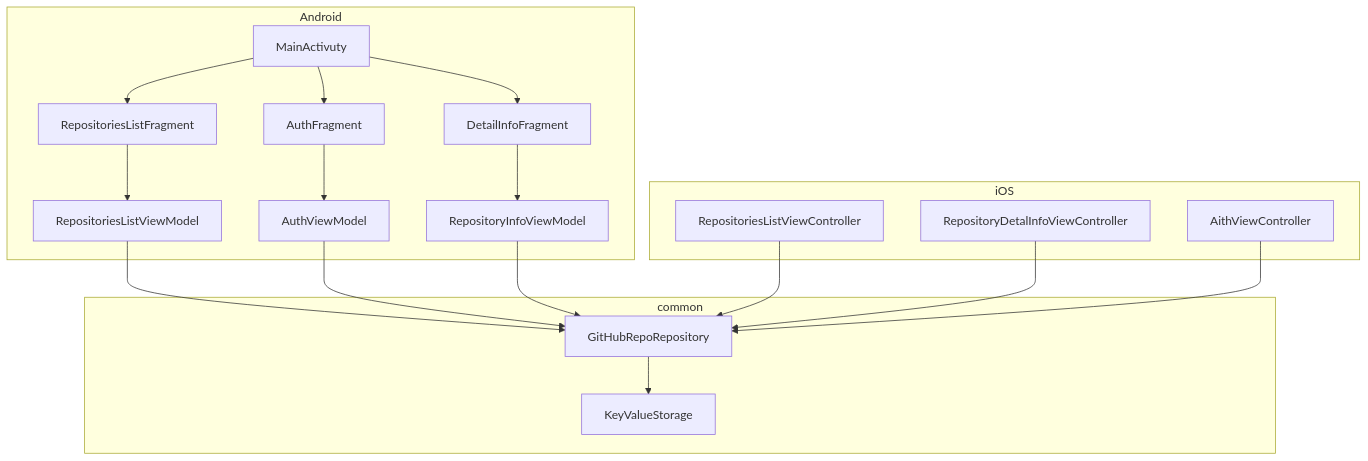
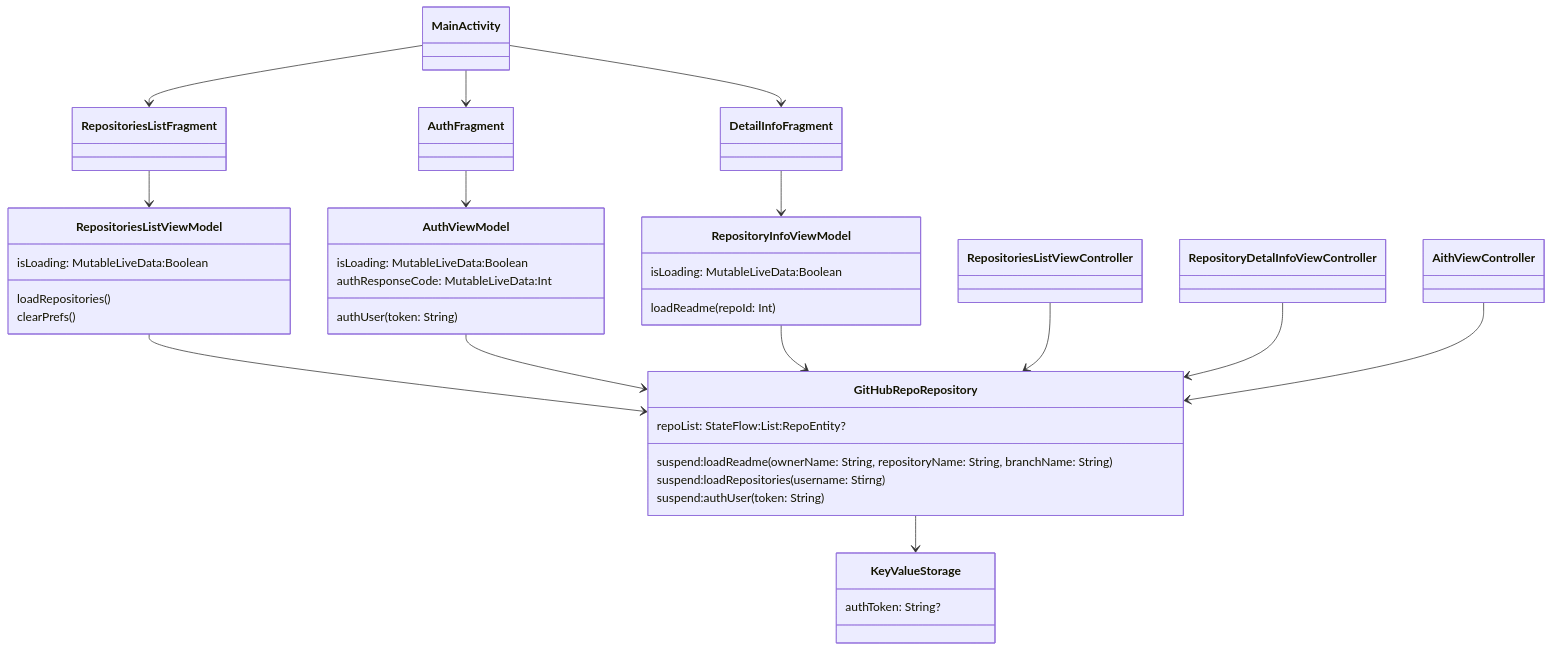
Before and after one commit to icerockdev/kmm.icerock.dev: the diagram in university/3-kotlin-multiplatform-mobile/practice.md, drawn with Mermaid. The commit also changed other lines of this file and 3 other files, not shown here.

Commit message:
new graphs with colors difference and public API

````diff
--- a/university/3-kotlin-multiplatform-mobile/practice.md
+++ b/university/3-kotlin-multiplatform-mobile/practice.md
@@ -28,45 +28,82 @@
 ```mermaid
-graph TD
+classDiagram
+
+class AuthViewModel:::android{
+  isLoading: MutableLiveData:Boolean
+  authResponseCode: MutableLiveData:Int
+  authUser(token: String)
+}
+   
+class RepositoryInfoViewModel:::android{
+  loadReadme(repoId: Int)
+  isLoading: MutableLiveData:Boolean
+}
+   
+class RepositoriesListViewModel:::android {
+  isLoading: MutableLiveData:Boolean
+  loadRepositories()
+  clearPrefs()
+}
+   
+class GitHubRepoRepository:::common{
+  repoList: StateFlow:List:RepoEntity?
+  suspend:loadReadme(ownerName: String, repositoryName: String, branchName: String)
+  suspend:loadRepositories(username: Stirng)
+  suspend:authUser(token: String)
+}
+
+class KeyValueStorage:::common{
+  authToken: String?
+}
+
+class MainActivity:::android
+class RepositoriesListFragment:::android
+class DetailInfoFragment:::android
+class AuthFragment:::android
+
+class RepositoriesListViewController:::ios
+class RepositoryDetalInfoViewController:::ios
+class AithViewController:::ios
 
 subgraph common
    GitHubRepoRepository
    KeyValueStorage
 end
 
 subgraph iOS
   RepositoriesListViewController
   RepositoryDetalInfoViewController
   AithViewController
 end
 
 subgraph Android
-  MainActivuty
+  MainActivity
 
   RepositoriesListFragment
   DetailInfoFragment
   AuthFragment
 
   RepositoriesListViewModel
   RepositoryInfoViewModel
   AuthViewModel
 end
 
-MainActivuty --> AuthFragment
-MainActivuty --> RepositoriesListFragment
-MainActivuty --> DetailInfoFragment
+MainActivity --> AuthFragment
+MainActivity --> RepositoriesListFragment
+MainActivity --> DetailInfoFragment
 
 RepositoriesListFragment --> RepositoriesListViewModel
 DetailInfoFragment --> RepositoryInfoViewModel
 AuthFragment --> AuthViewModel
    
 RepositoriesListViewModel --> GitHubRepoRepository
 AuthViewModel --> GitHubRepoRepository
 RepositoryInfoViewModel --> GitHubRepoRepository
        
 
 RepositoriesListViewController --> GitHubRepoRepository
 RepositoryDetalInfoViewController --> GitHubRepoRepository
 AithViewController --> GitHubRepoRepository
 
 GitHubRepoRepository --> KeyValueStorage
 ```
````
